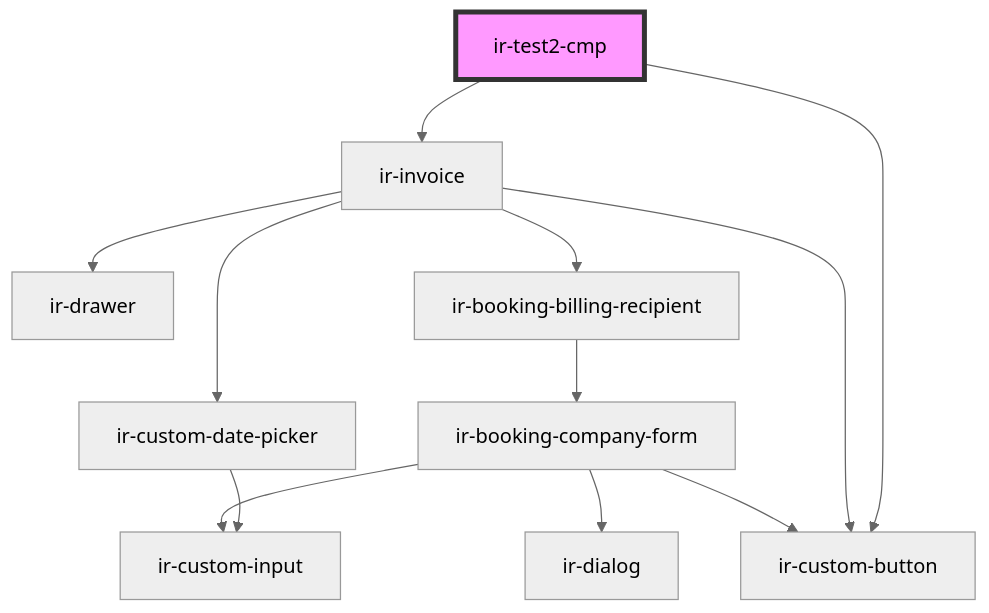
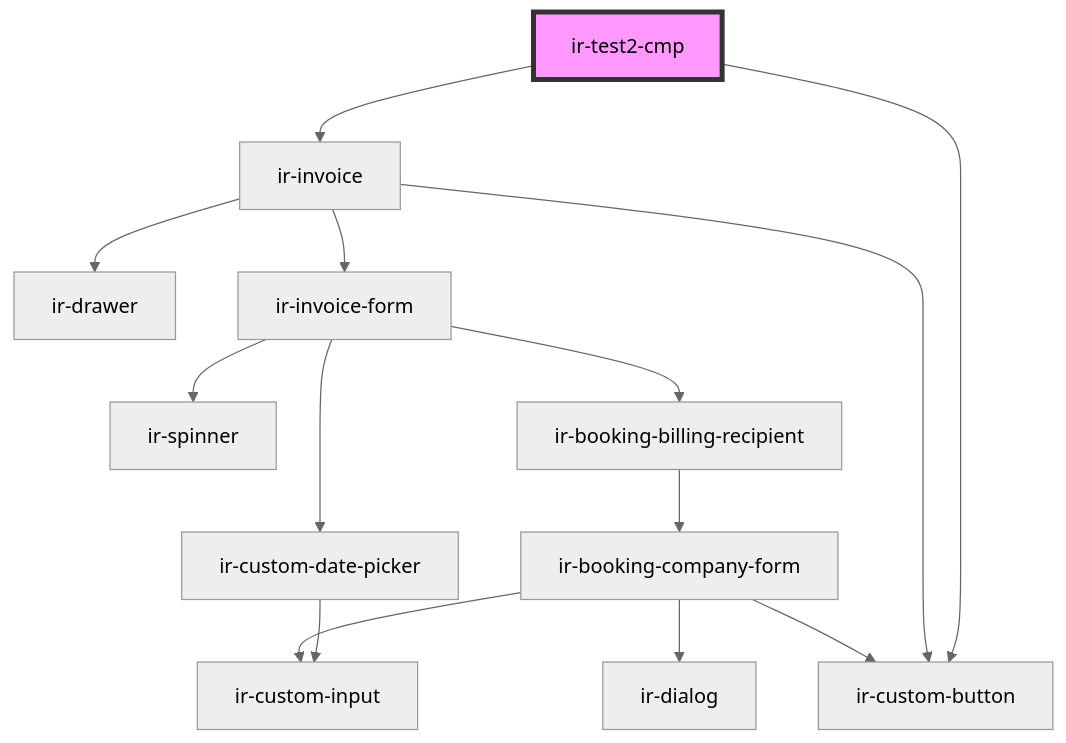
One commit to David1Chowaifaty/modified-ir-webcmp changed the diagram in src/components/ir-test-cmp/readme.md. Above: the diagram before and after it, drawn with Mermaid (neutral theme). The commit also changed 35 other files, not shown here.

First line of the commit message:
Add InvoicableItemType and update InvoicableItemSchema for type safety

````diff
--- a/src/components/ir-test-cmp/readme.md
+++ b/src/components/ir-test-cmp/readme.md
@@ -16,15 +16,17 @@
 ```mermaid
 graph TD;
   ir-test2-cmp --> ir-custom-button
   ir-test2-cmp --> ir-invoice
   ir-invoice --> ir-drawer
-  ir-invoice --> ir-custom-date-picker
-  ir-invoice --> ir-booking-billing-recipient
+  ir-invoice --> ir-invoice-form
   ir-invoice --> ir-custom-button
+  ir-invoice-form --> ir-spinner
+  ir-invoice-form --> ir-custom-date-picker
+  ir-invoice-form --> ir-booking-billing-recipient
   ir-custom-date-picker --> ir-custom-input
   ir-booking-billing-recipient --> ir-booking-company-form
   ir-booking-company-form --> ir-dialog
   ir-booking-company-form --> ir-custom-input
   ir-booking-company-form --> ir-custom-button
   style ir-test2-cmp fill:#f9f,stroke:#333,stroke-width:4px
 ```
````
